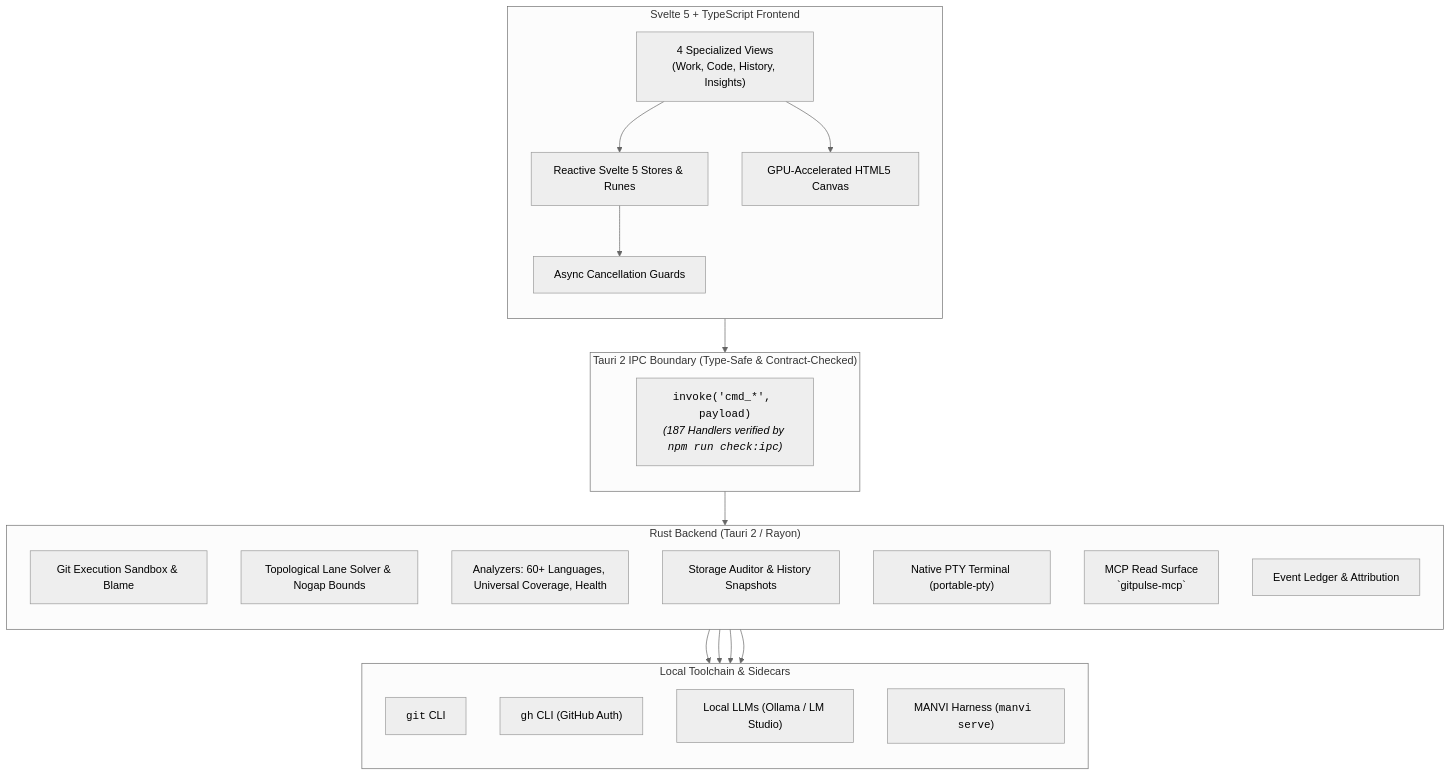
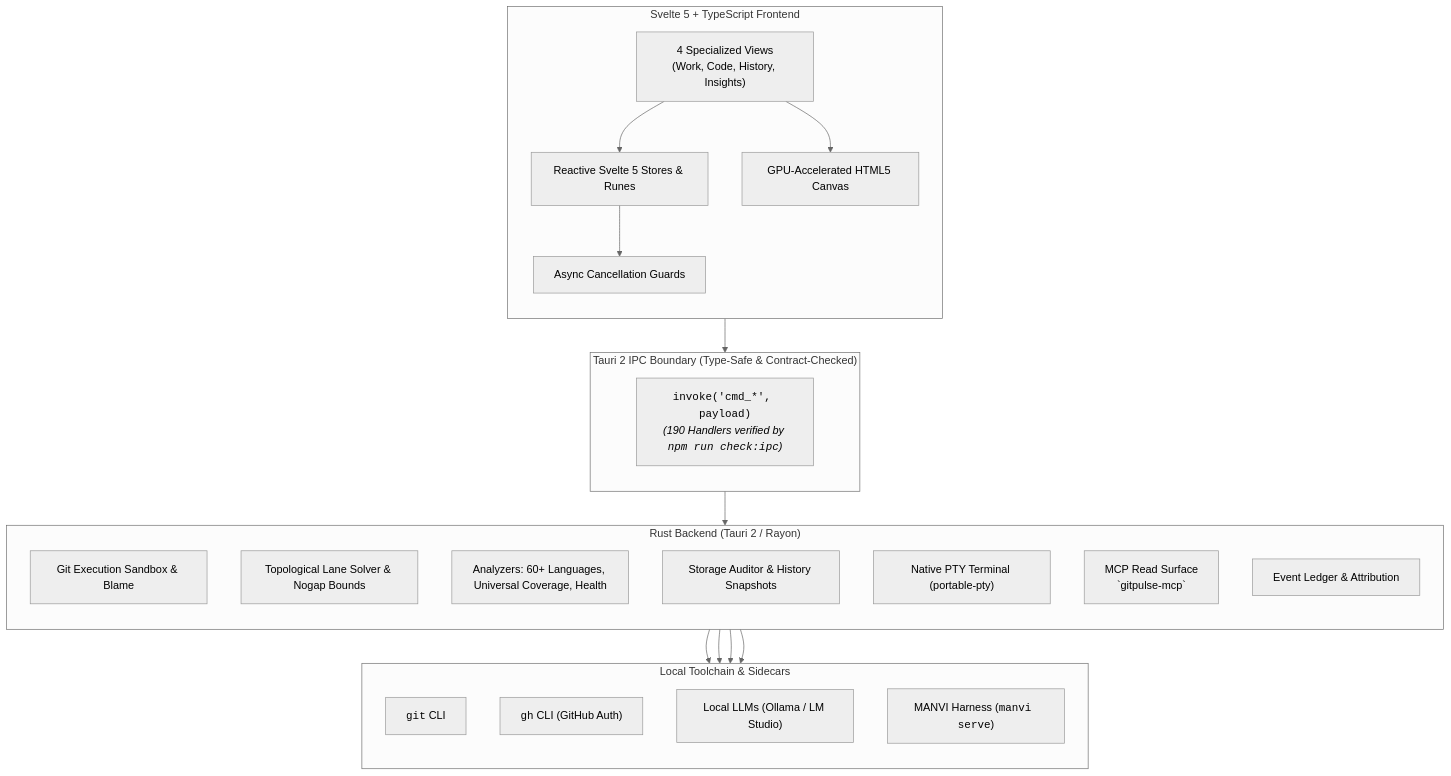
One commit to bharathvbcr/GitPulse changed the first of 4 diagrams in README.md. Above: the diagram before and after it, drawn with Mermaid (neutral theme). The commit also changed other lines of this file and 90 other files, not shown here.

````diff
--- a/README.md
+++ b/README.md
@@ -43,45 +43,45 @@
 ```mermaid
 flowchart TB
     subgraph Frontend["Svelte 5 + TypeScript Frontend"]
         direction TB
         Views["4 Specialized Views<br/>(Work, Code, History, Insights)"]
         Stores["Reactive Svelte 5 Stores & Runes"]
         CanvasEngine["GPU-Accelerated HTML5 Canvas"]
         AsyncGuards["Async Cancellation Guards"]
         
         Views --> Stores
         Views --> CanvasEngine
         Stores --> AsyncGuards
     end
 
     subgraph IPC["Tauri 2 IPC Boundary (Type-Safe & Contract-Checked)"]
         direction TB
-        IPCBridge["<code>invoke('cmd_*', payload)</code><br/><i>(187 Handlers verified by <code>npm run check:ipc</code>)</i>"]
+        IPCBridge["<code>invoke('cmd_*', payload)</code><br/><i>(190 Handlers verified by <code>npm run check:ipc</code>)</i>"]
     end
 
     subgraph Backend["Rust Backend (Tauri 2 / Rayon)"]
         direction TB
         GitSandbox["Git Execution Sandbox & Blame"]
         GraphSolver["Topological Lane Solver & Nogap Bounds"]
         Analyzers["Analyzers: 60+ Languages, Universal Coverage, Health"]
         StorageEngine["Storage Auditor & History Snapshots"]
         TerminalPTY["Native PTY Terminal (portable-pty)"]
         MCPServer["MCP Read Surface<br/>`gitpulse-mcp`"]
         Ledger["Event Ledger & Attribution"]
     end
 
     subgraph LocalTools["Local Toolchain & Sidecars"]
         direction TB
         GitCLI["<code>git</code> CLI"]
         GhCLI["<code>gh</code> CLI (GitHub Auth)"]
         LocalAI["Local LLMs (Ollama / LM Studio)"]
         ManviSidecar["MANVI Harness (<code>manvi serve</code>)"]
     end
 
     AsyncGuards --> IPCBridge
     IPCBridge --> Backend
     GitSandbox --> GitCLI
     Analyzers --> GhCLI
     Analyzers --> LocalAI
     Backend --> ManviSidecar
 ```
````
